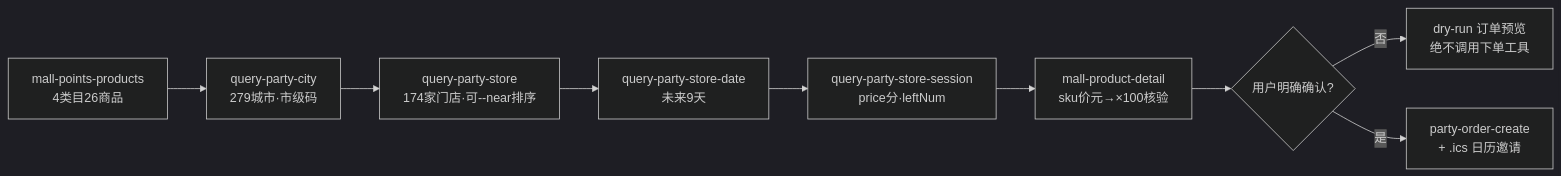
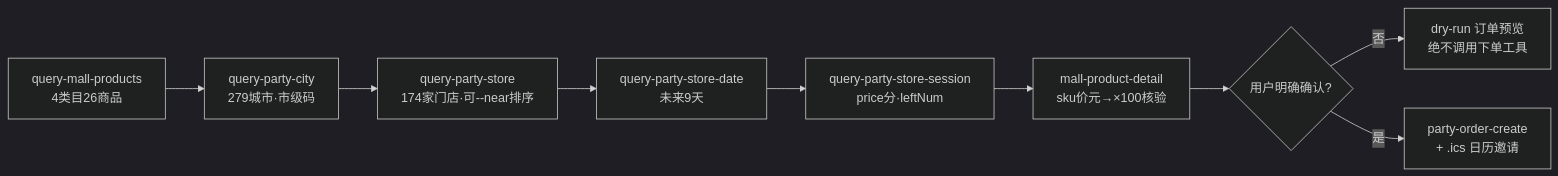
Before and after one commit to xu9687/mcd-party-butler: the diagram in README.md, drawn with Mermaid (dark theme). The commit also changed 5 other files, not shown here.

First line of the commit message:
fix: 适配 MCP 商品工具更名 query-mall-products

````diff
--- a/README.md
+++ b/README.md
@@ -148,11 +148,11 @@
 ```mermaid
 flowchart LR
-    A[mall-points-products<br>4类目26商品] --> B[query-party-city<br>279城市·市级码]
+    A[query-mall-products<br>4类目26商品] --> B[query-party-city<br>279城市·市级码]
     B --> C[query-party-store<br>174家门店·可--near排序]
     C --> D[query-party-store-date<br>未来9天]
     D --> E[query-party-store-session<br>price分·leftNum]
     E --> F[mall-product-detail<br>sku价元→×100核验]
     F --> G{用户明确确认?}
     G -- 否 --> H[dry-run 订单预览<br>绝不调用下单工具]
     G -- 是 --> I[party-order-create<br>+ .ics 日历邀请]
 ```
````
